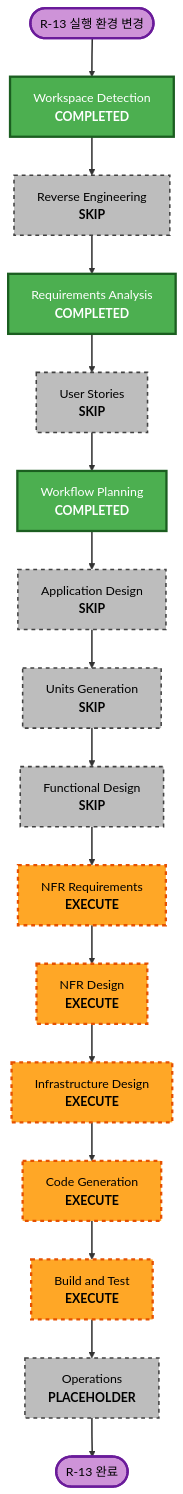
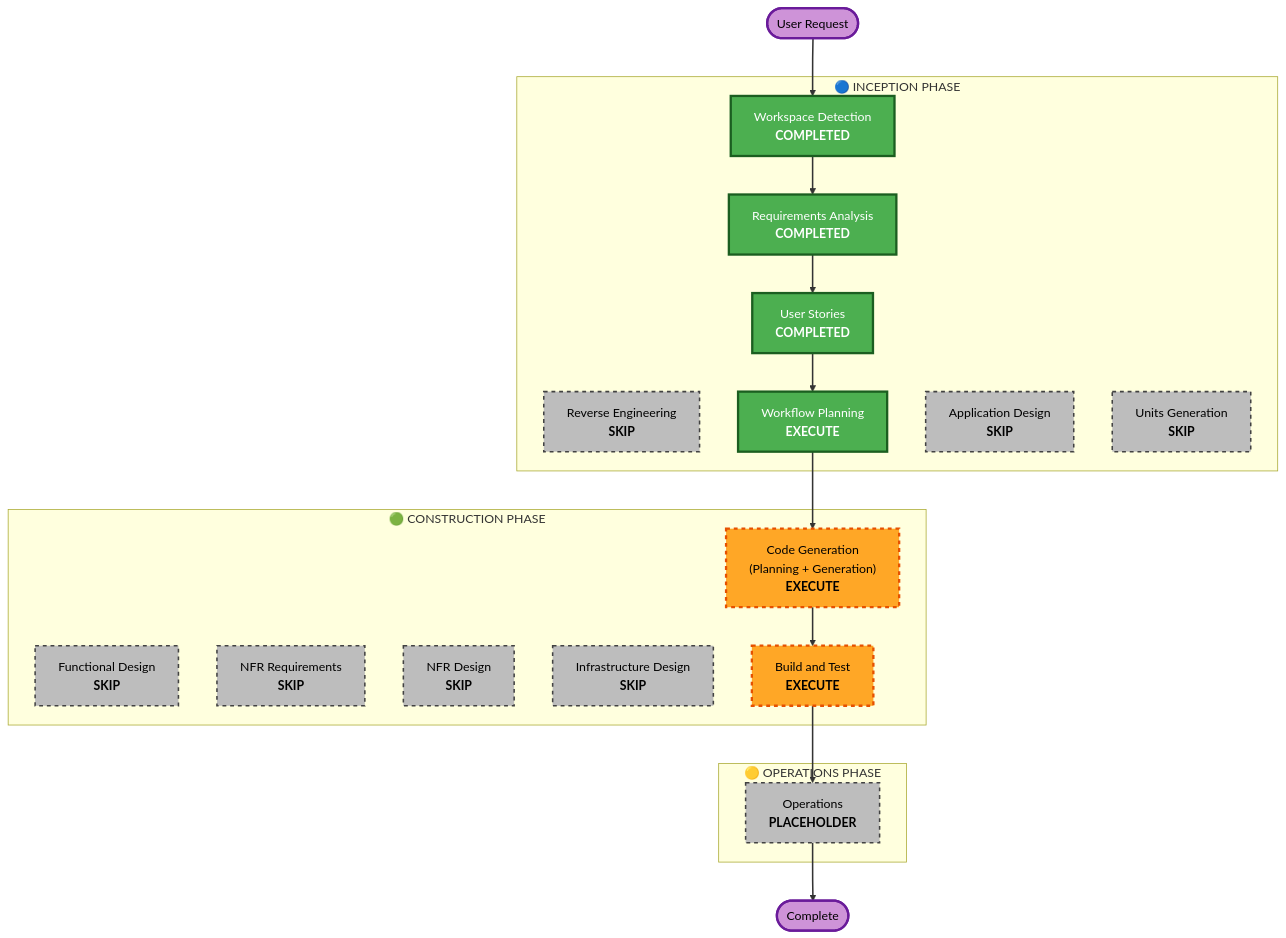
The diagram in aidlc-docs/inception/plans/execution-plan.md (dlhwang/CliExecutionPlatform), drawn with Mermaid before and after one commit. The commit also changed other lines of this file and 21 other files, not shown here.

````diff
--- a/aidlc-docs/inception/plans/execution-plan.md
+++ b/aidlc-docs/inception/plans/execution-plan.md
@@ -172,39 +30,57 @@
 ```mermaid
 flowchart TD
-    Start(["R-13 실행 환경 변경"])
-    WD["Workspace Detection<br/><b>COMPLETED</b>"]
-    RE["Reverse Engineering<br/><b>SKIP</b>"]
-    RA["Requirements Analysis<br/><b>COMPLETED</b>"]
-    US["User Stories<br/><b>SKIP</b>"]
-    WP["Workflow Planning<br/><b>COMPLETED</b>"]
-    AD["Application Design<br/><b>SKIP</b>"]
-    UG["Units Generation<br/><b>SKIP</b>"]
-    FD["Functional Design<br/><b>SKIP</b>"]
-    NFRA["NFR Requirements<br/><b>EXECUTE</b>"]
-    NFRD["NFR Design<br/><b>EXECUTE</b>"]
-    ID["Infrastructure Design<br/><b>EXECUTE</b>"]
-    CG["Code Generation<br/><b>EXECUTE</b>"]
-    BT["Build and Test<br/><b>EXECUTE</b>"]
-    OPS["Operations<br/><b>PLACEHOLDER</b>"]
-    End(["R-13 완료"])
-
-    Start --> WD --> RE --> RA --> US --> WP --> AD --> UG --> FD --> NFRA --> NFRD --> ID --> CG --> BT --> OPS --> End
-
+    Start(["User Request"])
+    
+    subgraph INCEPTION["🔵 INCEPTION PHASE"]
+        WD["Workspace Detection<br/><b>COMPLETED</b>"]
+        RE["Reverse Engineering<br/><b>SKIP</b>"]
+        RA["Requirements Analysis<br/><b>COMPLETED</b>"]
+        US["User Stories<br/><b>COMPLETED</b>"]
+        WP["Workflow Planning<br/><b>EXECUTE</b>"]
+        AD["Application Design<br/><b>SKIP</b>"]
+        UG["Units Generation<br/><b>SKIP</b>"]
+    end
+    
+    subgraph CONSTRUCTION["🟢 CONSTRUCTION PHASE"]
+        FD["Functional Design<br/><b>SKIP</b>"]
+        NFRA["NFR Requirements<br/><b>SKIP</b>"]
+        NFRD["NFR Design<br/><b>SKIP</b>"]
+        ID["Infrastructure Design<br/><b>SKIP</b>"]
+        CG["Code Generation<br/>(Planning + Generation)<br/><b>EXECUTE</b>"]
+        BT["Build and Test<br/><b>EXECUTE</b>"]
+    end
+    
+    subgraph OPERATIONS["🟡 OPERATIONS PHASE"]
+        OPS["Operations<br/><b>PLACEHOLDER</b>"]
+    end
+    
+    Start --> WD
+    WD --> RA
+    RA --> US
+    US --> WP
+    WP --> CG
+    CG --> BT
+    BT --> OPS
+    OPS --> End(["Complete"])
+    
     style WD fill:#4CAF50,stroke:#1B5E20,stroke-width:3px,color:#fff
+    style RE fill:#BDBDBD,stroke:#424242,stroke-width:2px,stroke-dasharray: 5 5,color:#000
     style RA fill:#4CAF50,stroke:#1B5E20,stroke-width:3px,color:#fff
+    style US fill:#4CAF50,stroke:#1B5E20,stroke-width:3px,color:#fff
     style WP fill:#4CAF50,stroke:#1B5E20,stroke-width:3px,color:#fff
-    style NFRA fill:#FFA726,stroke:#E65100,stroke-width:3px,stroke-dasharray:5 5,color:#000
-    style NFRD fill:#FFA726,stroke:#E65100,stroke-width:3px,stroke-dasharray:5 5,color:#000
-    style ID fill:#FFA726,stroke:#E65100,stroke-width:3px,stroke-dasharray:5 5,color:#000
-    style CG fill:#FFA726,stroke:#E65100,stroke-width:3px,stroke-dasharray:5 5,color:#000
-    style BT fill:#FFA726,stroke:#E65100,stroke-width:3px,stroke-dasharray:5 5,color:#000
-    style RE fill:#BDBDBD,stroke:#424242,stroke-width:2px,stroke-dasharray:5 5,color:#000
-    style US fill:#BDBDBD,stroke:#424242,stroke-width:2px,stroke-dasharray:5 5,color:#000
-    style AD fill:#BDBDBD,stroke:#424242,stroke-width:2px,stroke-dasharray:5 5,color:#000
-    style UG fill:#BDBDBD,stroke:#424242,stroke-width:2px,stroke-dasharray:5 5,color:#000
-    style FD fill:#BDBDBD,stroke:#424242,stroke-width:2px,stroke-dasharray:5 5,color:#000
-    style OPS fill:#BDBDBD,stroke:#424242,stroke-width:2px,stroke-dasharray:5 5,color:#000
+    style AD fill:#BDBDBD,stroke:#424242,stroke-width:2px,stroke-dasharray: 5 5,color:#000
+    style UG fill:#BDBDBD,stroke:#424242,stroke-width:2px,stroke-dasharray: 5 5,color:#000
+    
+    style FD fill:#BDBDBD,stroke:#424242,stroke-width:2px,stroke-dasharray: 5 5,color:#000
+    style NFRA fill:#BDBDBD,stroke:#424242,stroke-width:2px,stroke-dasharray: 5 5,color:#000
+    style NFRD fill:#BDBDBD,stroke:#424242,stroke-width:2px,stroke-dasharray: 5 5,color:#000
+    style ID fill:#BDBDBD,stroke:#424242,stroke-width:2px,stroke-dasharray: 5 5,color:#000
+    style CG fill:#FFA726,stroke:#E65100,stroke-width:3px,stroke-dasharray: 5 5,color:#000
+    style BT fill:#FFA726,stroke:#E65100,stroke-width:3px,stroke-dasharray: 5 5,color:#000
+    style OPS fill:#BDBDBD,stroke:#424242,stroke-width:2px,stroke-dasharray: 5 5,color:#000
+    
     style Start fill:#CE93D8,stroke:#6A1B9A,stroke-width:3px,color:#000
     style End fill:#CE93D8,stroke:#6A1B9A,stroke-width:3px,color:#000
+    
     linkStyle default stroke:#333,stroke-width:2px
 ```
````
